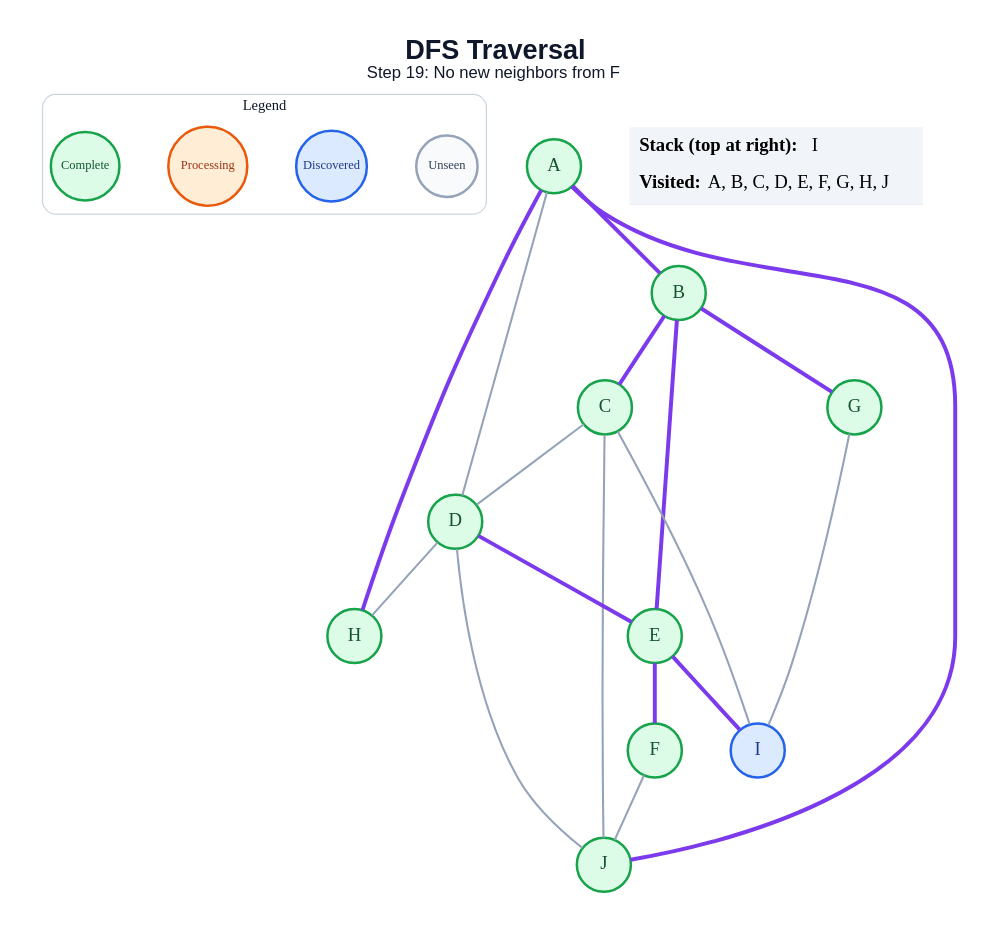
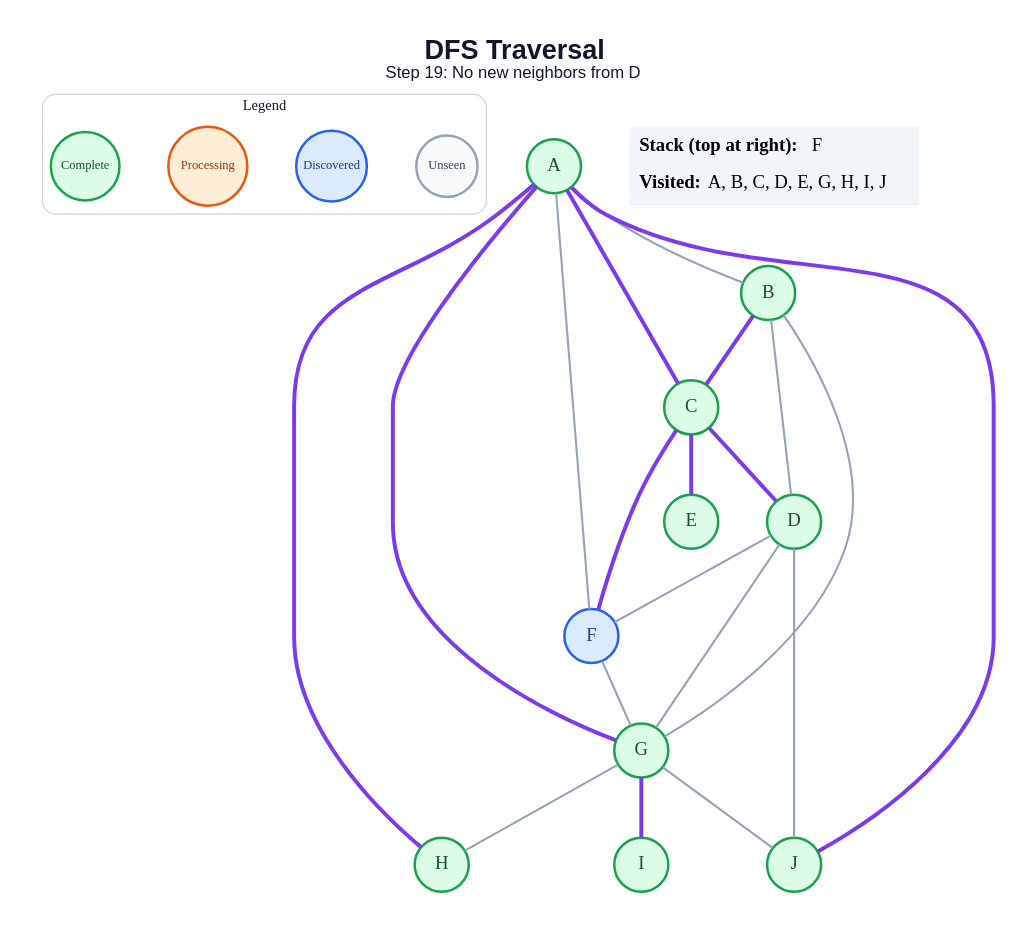
The diagram in generated/specific-node/dfs/step_19.dot (amanghodawala9/ai-slop), drawn with Graphviz before and after one commit. The commit also changed 178 other files, not shown here.

```diff
--- a/generated/specific-node/dfs/step_19.dot
+++ b/generated/specific-node/dfs/step_19.dot
@@ -1,46 +1,48 @@
 graph traversal {
   graph [layout=dot, rankdir=TB, bgcolor="#FFFFFF", pad="0.35", nodesep="0.65", ranksep="0.8", fontname="Arial"];
   node [shape=circle, style="filled", fontname="Arial Bold", fontsize=18, width=0.72, fixedsize=true, penwidth=2.4];
   edge [color="#94A3B8", penwidth=2.0];
-  label=<<B>DFS Traversal</B><BR/><FONT POINT-SIZE="16">Step 19: No new neighbors from F</FONT>>; labelloc="t"; fontsize=26; fontname="Arial"; fontcolor="#0F172A";
+  label=<<B>DFS Traversal</B><BR/><FONT POINT-SIZE="16">Step 19: No new neighbors from D</FONT>>; labelloc="t"; fontsize=26; fontname="Arial"; fontcolor="#0F172A";
   subgraph cluster_legend { label="Legend"; color="#CBD5E1"; penwidth=1.2; style="rounded"; fontsize=14; fontname="Arial Bold";
     key_unseen [label="Unseen", fillcolor="#F8FAFC", color="#94A3B8", fontcolor="#334155", fontsize=12, width=0.82];
     key_frontier [label="Discovered", fillcolor="#DBEAFE", color="#2563EB", fontcolor="#1E3A8A", fontsize=12, width=0.95];
     key_current [label="Processing", fillcolor="#FFEDD5", color="#EA580C", fontcolor="#9A3412", fontsize=12, width=1.05];
     key_done [label="Complete", fillcolor="#DCFCE7", color="#16A34A", fontcolor="#14532D", fontsize=12, width=0.92];
     { rank=same; key_unseen; key_frontier; key_current; key_done; }
   }
   A [fillcolor="#DCFCE7", color="#16A34A", fontcolor="#14532D"];
   B [fillcolor="#DCFCE7", color="#16A34A", fontcolor="#14532D"];
   C [fillcolor="#DCFCE7", color="#16A34A", fontcolor="#14532D"];
   D [fillcolor="#DCFCE7", color="#16A34A", fontcolor="#14532D"];
   E [fillcolor="#DCFCE7", color="#16A34A", fontcolor="#14532D"];
-  F [fillcolor="#DCFCE7", color="#16A34A", fontcolor="#14532D"];
+  F [fillcolor="#DBEAFE", color="#2563EB", fontcolor="#1E3A8A"];
   G [fillcolor="#DCFCE7", color="#16A34A", fontcolor="#14532D"];
   H [fillcolor="#DCFCE7", color="#16A34A", fontcolor="#14532D"];
-  I [fillcolor="#DBEAFE", color="#2563EB", fontcolor="#1E3A8A"];
+  I [fillcolor="#DCFCE7", color="#16A34A", fontcolor="#14532D"];
   J [fillcolor="#DCFCE7", color="#16A34A", fontcolor="#14532D"];
-  A -- B [color="#7C3AED", penwidth=3.8];
-  A -- D;
+  A -- B;
+  A -- C [color="#7C3AED", penwidth=3.8];
+  A -- F;
+  A -- G [color="#7C3AED", penwidth=3.8];
   A -- H [color="#7C3AED", penwidth=3.8];
   A -- J [color="#7C3AED", penwidth=3.8];
   B -- C [color="#7C3AED", penwidth=3.8];
-  B -- E [color="#7C3AED", penwidth=3.8];
-  B -- G [color="#7C3AED", penwidth=3.8];
-  C -- D;
-  C -- I;
-  C -- J;
-  D -- E [color="#7C3AED", penwidth=3.8];
-  D -- H;
+  B -- D;
+  B -- G;
+  C -- D [color="#7C3AED", penwidth=3.8];
+  C -- E [color="#7C3AED", penwidth=3.8];
+  C -- F [color="#7C3AED", penwidth=3.8];
+  D -- F;
+  D -- G;
   D -- J;
-  E -- F [color="#7C3AED", penwidth=3.8];
-  E -- I [color="#7C3AED", penwidth=3.8];
-  F -- J;
-  G -- I;
+  F -- G;
+  G -- H;
+  G -- I [color="#7C3AED", penwidth=3.8];
+  G -- J;
   status [shape=plain, fixedsize=false, width=0, height=0, margin=0, label=<
     <TABLE BORDER="0" CELLBORDER="0" CELLPADDING="7" BGCOLOR="#F1F5F9">
-      <TR><TD ALIGN="LEFT"><B>Stack (top at right):</B> I</TD></TR>
-      <TR><TD ALIGN="LEFT"><B>Visited:</B> A, B, C, D, E, F, G, H, J</TD></TR>
+      <TR><TD ALIGN="LEFT"><B>Stack (top at right):</B> F</TD></TR>
+      <TR><TD ALIGN="LEFT"><B>Visited:</B> A, B, C, D, E, G, H, I, J</TD></TR>
     </TABLE>
   >];
 }
```
